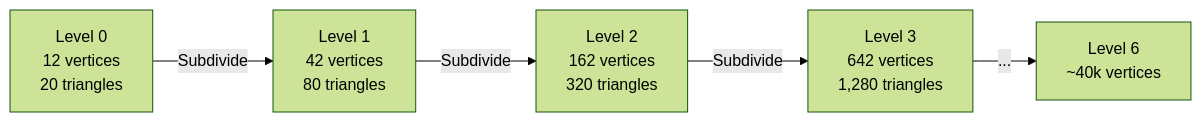
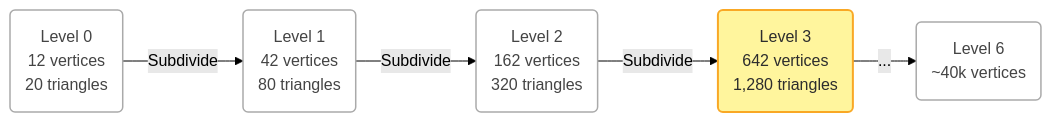
Before and after one commit to yoyonel/blog_source: the sixth of 17 diagrams in content/suckless-ogl-anatomie-frame-en.md, drawn with Mermaid (forest theme). The commit also changed other lines of this file and 4 other files, not shown here.

First line of the commit message:
refactor(mermaid): hand-drawn style + forced light mode for all browsers

```diff
--- a/content/suckless-ogl-anatomie-frame-en.md
+++ b/content/suckless-ogl-anatomie-frame-en.md
@@ -318,7 +339,13 @@
 <pre class="mermaid">
 graph LR
-    A["Level 0<br/>12 vertices<br/>20 triangles"] -->|"Subdivide"| B["Level 1<br/>42 vertices<br/>80 triangles"]
-    B -->|"Subdivide"| C["Level 2<br/>162 vertices<br/>320 triangles"]
-    C -->|"Subdivide"| D["Level 3<br/>642 vertices<br/>1,280 triangles"]
-    D -->|"..."| E["Level 6<br/>~40k vertices"]
+    A("Level 0<br/>12 vertices<br/>20 triangles") -->|"Subdivide"| B("Level 1<br/>42 vertices<br/>80 triangles")
+    B -->|"Subdivide"| C("Level 2<br/>162 vertices<br/>320 triangles")
+    C -->|"Subdivide"| D("Level 3<br/>642 vertices<br/>1,280 triangles")
+    D -->|"..."| E("Level 6<br/>~40k vertices")
+
+    classDef keyFunc fill:#fff59d,stroke:#f9a825,stroke-width:2px,color:#2d2d2d
+    classDef subsystem fill:#ffffff,stroke:#aaaaaa,stroke-width:1.5px,color:#444444
+
+    class D keyFunc
+    class A,B,C,E subsystem
 </pre>
```
